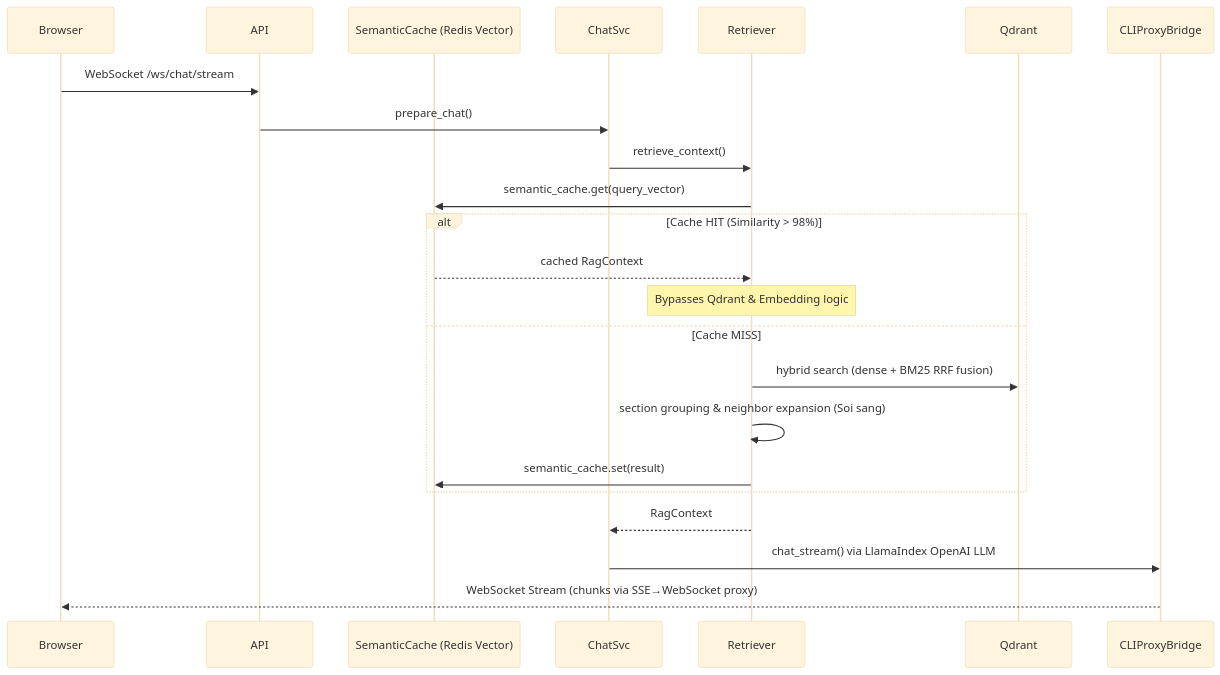
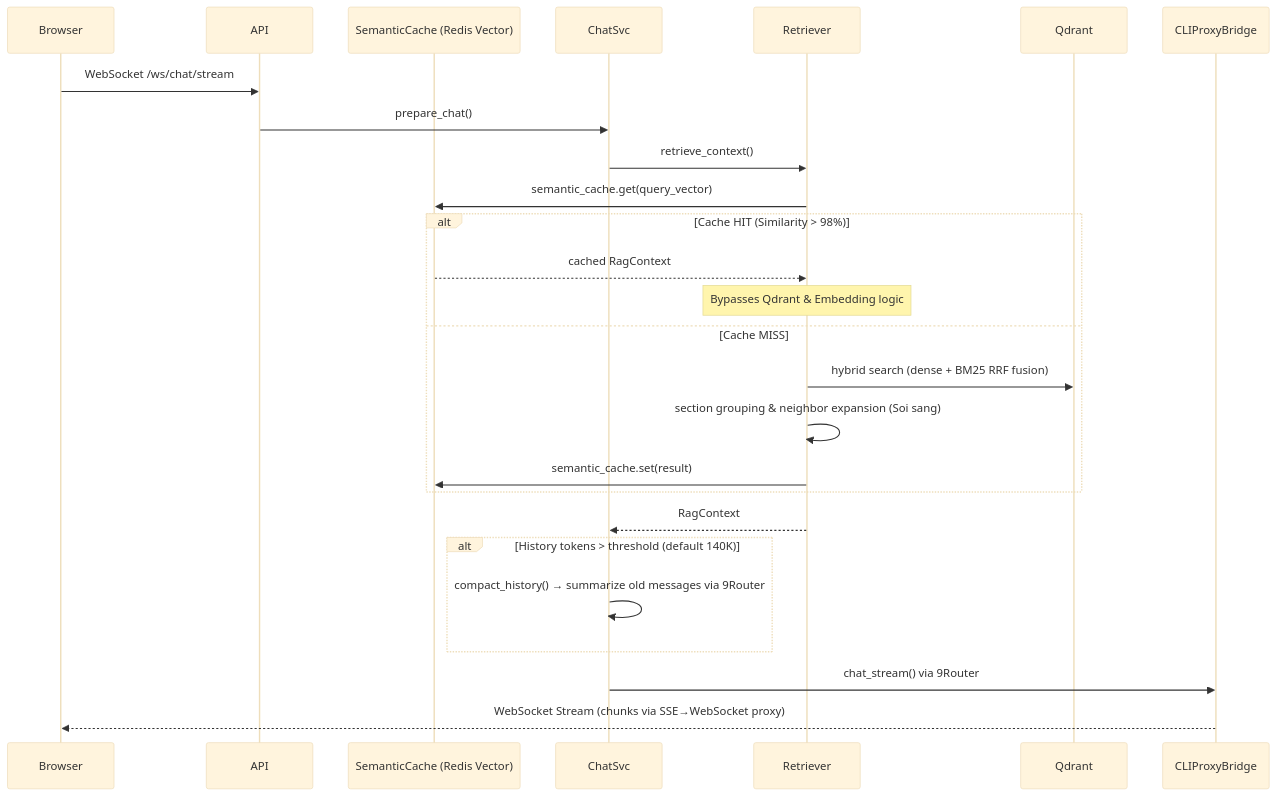
One commit to qtuanph/chatbot-rag changed the diagram in docs/2.2_WORKFLOWS_CHAT.md. Above: the diagram before and after it, drawn with Mermaid (base theme). The commit also changed other lines of this file and 5 other files, not shown here.

````diff
--- a/docs/2.2_WORKFLOWS_CHAT.md
+++ b/docs/2.2_WORKFLOWS_CHAT.md
@@ -5,28 +5,31 @@
 ```mermaid
 sequenceDiagram
     participant Browser
     participant API
     participant Cache as SemanticCache (Redis Vector)
     participant ChatSvc
     participant Retriever
     participant Qdrant
     participant Bridge as CLIProxyBridge
 
 Browser->>API: WebSocket /ws/chat/stream
     API->>ChatSvc: prepare_chat()
     ChatSvc->>Retriever: retrieve_context()
 
     Retriever->>Cache: semantic_cache.get(query_vector)
     alt Cache HIT (Similarity > 98%)
         Cache-->>Retriever: cached RagContext
         Note over Retriever: Bypasses Qdrant & Embedding logic
     else Cache MISS
         Retriever->>Qdrant: hybrid search (dense + BM25 RRF fusion)
         Retriever->>Retriever: section grouping & neighbor expansion (Soi sang)
         Retriever->>Cache: semantic_cache.set(result)
     end
 
     Retriever-->>ChatSvc: RagContext
-    ChatSvc->>Bridge: chat_stream() via LlamaIndex OpenAI LLM
+    alt History tokens > threshold (default 140K)
+        ChatSvc->>ChatSvc: compact_history() → summarize old messages via 9Router
+    end
+    ChatSvc->>Bridge: chat_stream() via 9Router
     Bridge-->>Browser: WebSocket Stream (chunks via SSE→WebSocket proxy)
 ```
````
